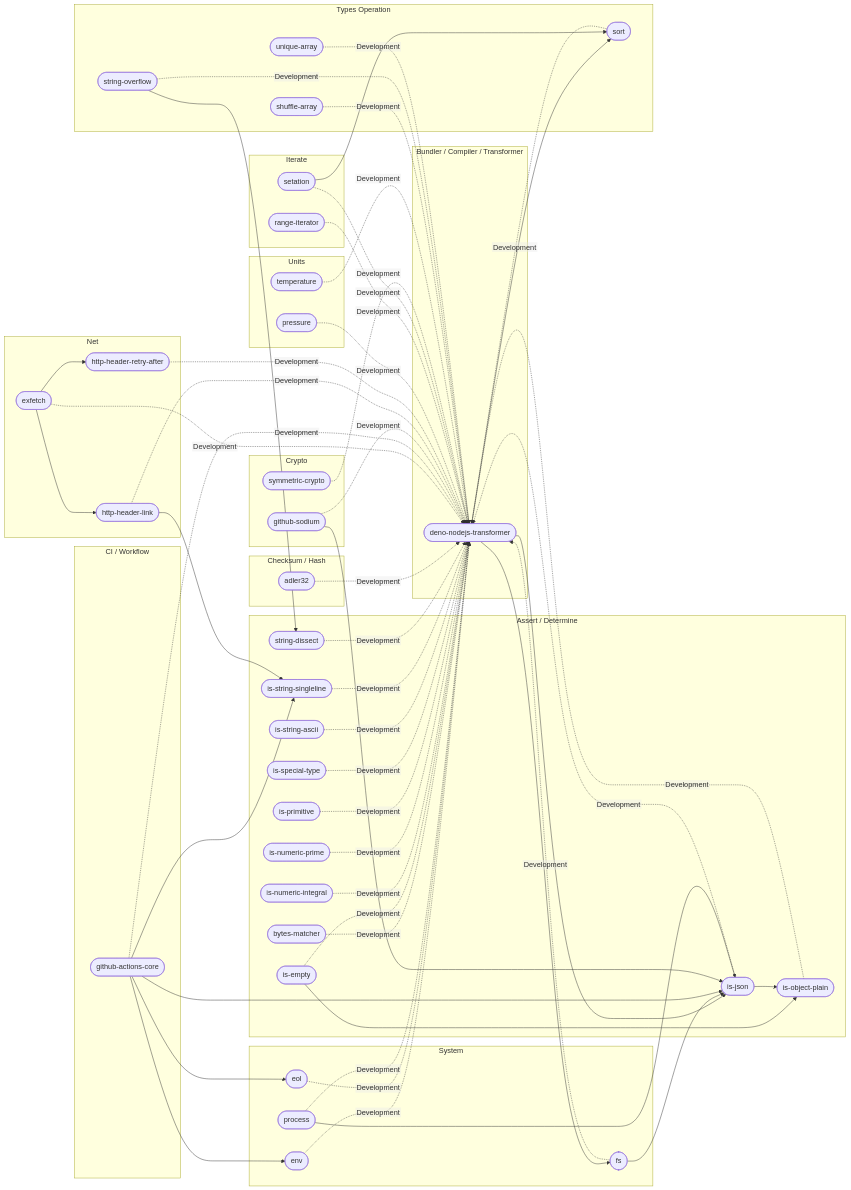
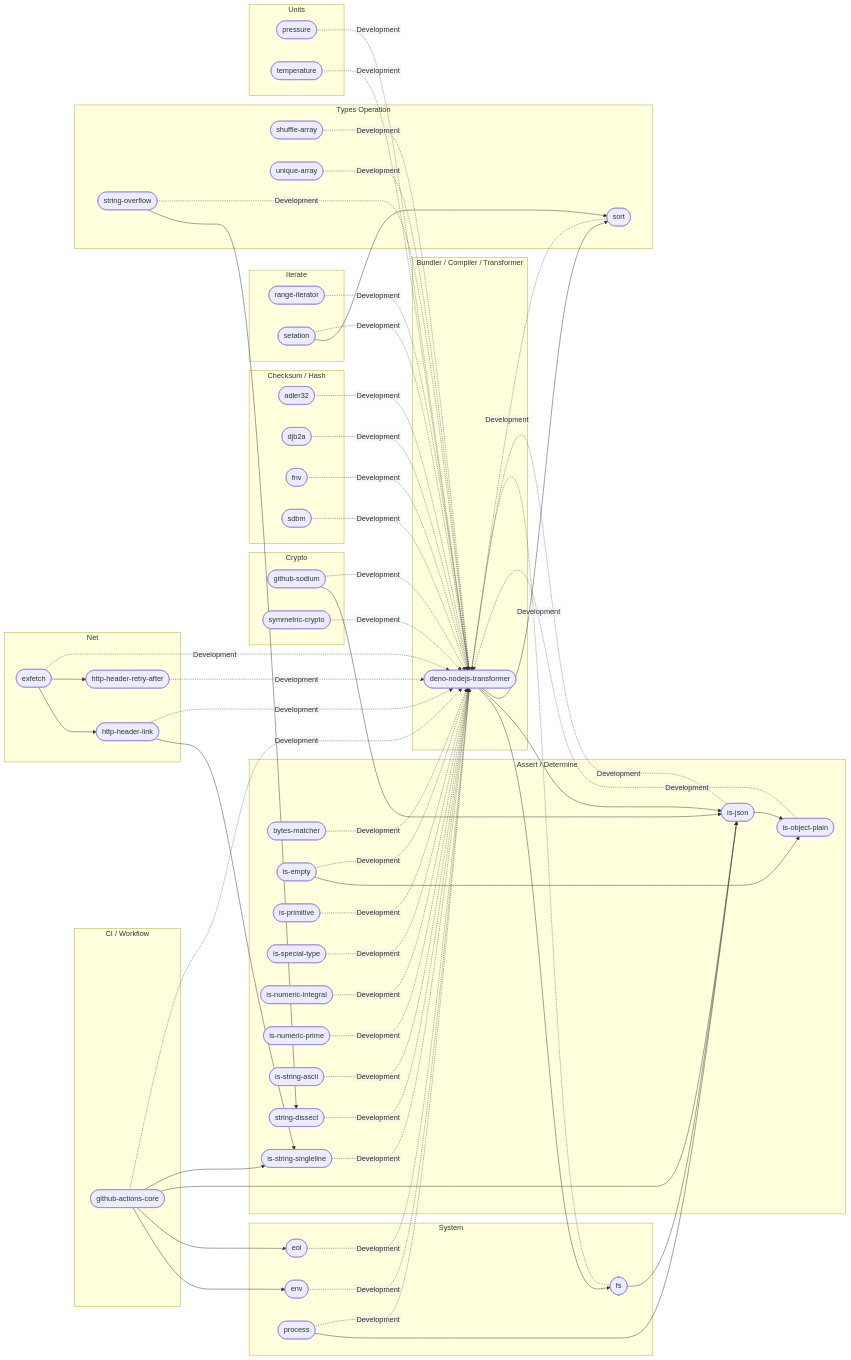
One commit to hugoalh/hugoalh changed the diagram in assets/es-dependencies-graph.md. Above: the diagram before and after it, drawn with Mermaid. The commit also changed other lines of this file, not shown here.

Commit message:
Update ES dependencies graph

```diff
--- a/assets/es-dependencies-graph.md
+++ b/assets/es-dependencies-graph.md
@@ -39,6 +39,9 @@
 
   subgraph GRAPH_Hash ["Checksum / Hash"]
     adler32(["adler32"])
+    djb2a(["djb2a"])
+    fnv(["fnv"])
+    sdbm(["sdbm"])
   end
 
   subgraph GRAPH_Iterate ["Iterate"]
@@ -92,9 +95,11 @@
 
   adler32 -. Development .-> deno-nodejs-transformer
   bytes-matcher -. Development .-> deno-nodejs-transformer
+  djb2a -. Development .-> deno-nodejs-transformer
   env -. Development .-> deno-nodejs-transformer
   eol -. Development .-> deno-nodejs-transformer
   exfetch -. Development .-> deno-nodejs-transformer
+  fnv -. Development .-> deno-nodejs-transformer
   fs -. Development .-> deno-nodejs-transformer
   github-actions-core -. Development .-> deno-nodejs-transformer
   github-sodium -. Development .-> deno-nodejs-transformer
@@ -112,6 +117,7 @@
   pressure -. Development .-> deno-nodejs-transformer
   process -. Development .-> deno-nodejs-transformer
   range-iterator -. Development .-> deno-nodejs-transformer
+  sdbm -. Development .-> deno-nodejs-transformer
   setation -. Development .-> deno-nodejs-transformer
   shuffle-array -. Development .-> deno-nodejs-transformer
   sort -. Development .-> deno-nodejs-transformer
```
